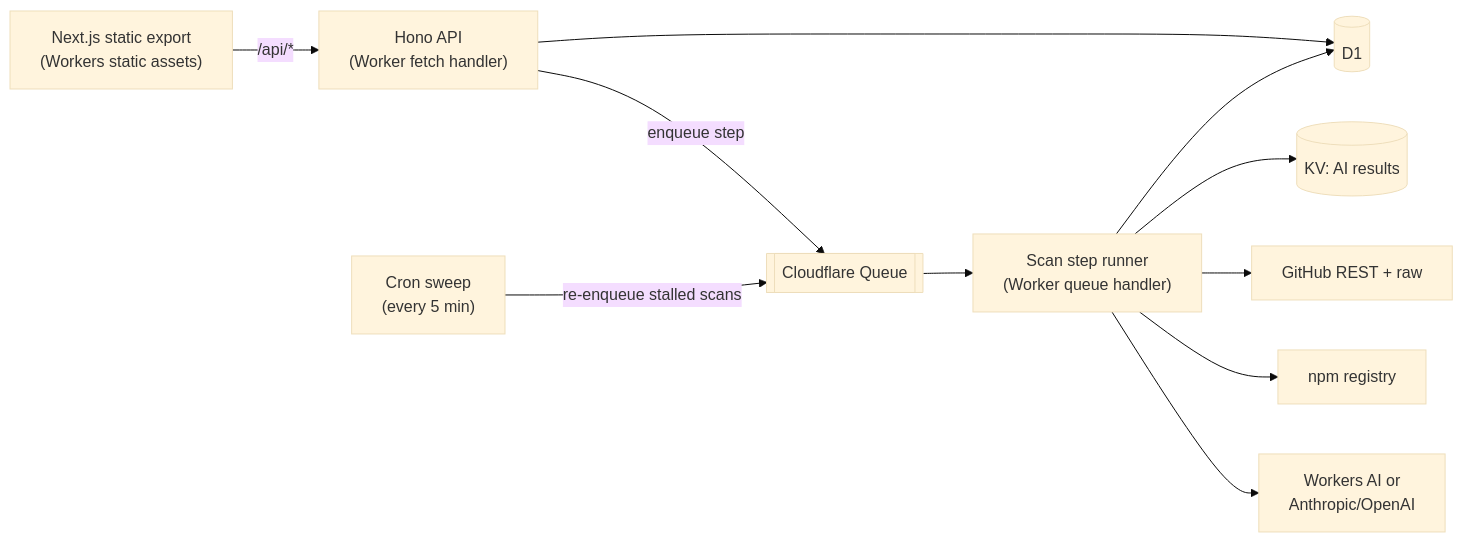
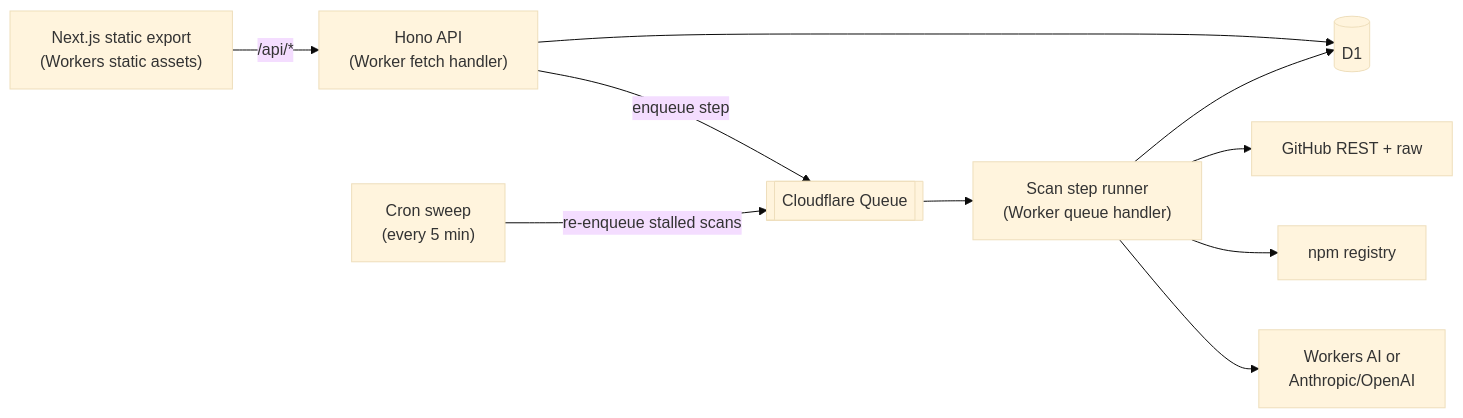
Before and after one commit to UmanshSarabhai/UpgradePilot: the first of 2 diagrams in docs/ARCHITECTURE.md, drawn with Mermaid (base theme). The commit also changed other lines of this file and 37 other files, not shown here.

````diff
--- a/docs/ARCHITECTURE.md
+++ b/docs/ARCHITECTURE.md
@@ -27,13 +27,12 @@
 ```mermaid
 flowchart LR
   UI["Next.js static export<br/>(Workers static assets)"] -->|"/api/*"| API["Hono API<br/>(Worker fetch handler)"]
   API --> D1[(D1)]
   API -->|enqueue step| Q[[Cloudflare Queue]]
   Q --> RUN["Scan step runner<br/>(Worker queue handler)"]
   CRON["Cron sweep<br/>(every 5 min)"] -->|re-enqueue stalled scans| Q
   RUN --> D1
-  RUN --> KV[(KV: AI results)]
   RUN --> GH[GitHub REST + raw]
   RUN --> NPM[npm registry]
   RUN --> AI[Workers AI or<br/>Anthropic/OpenAI]
 ```
````
